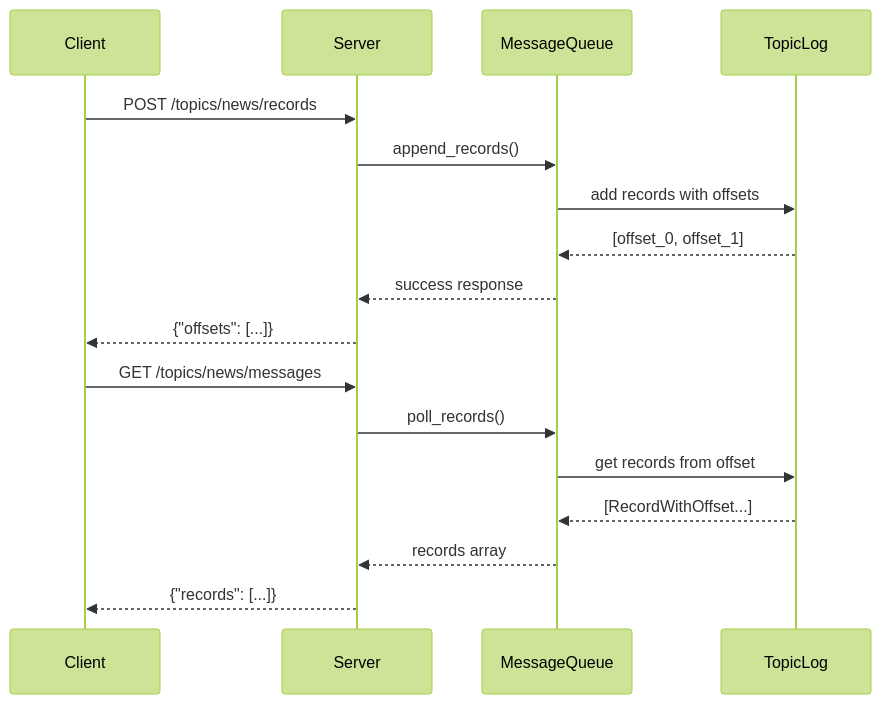
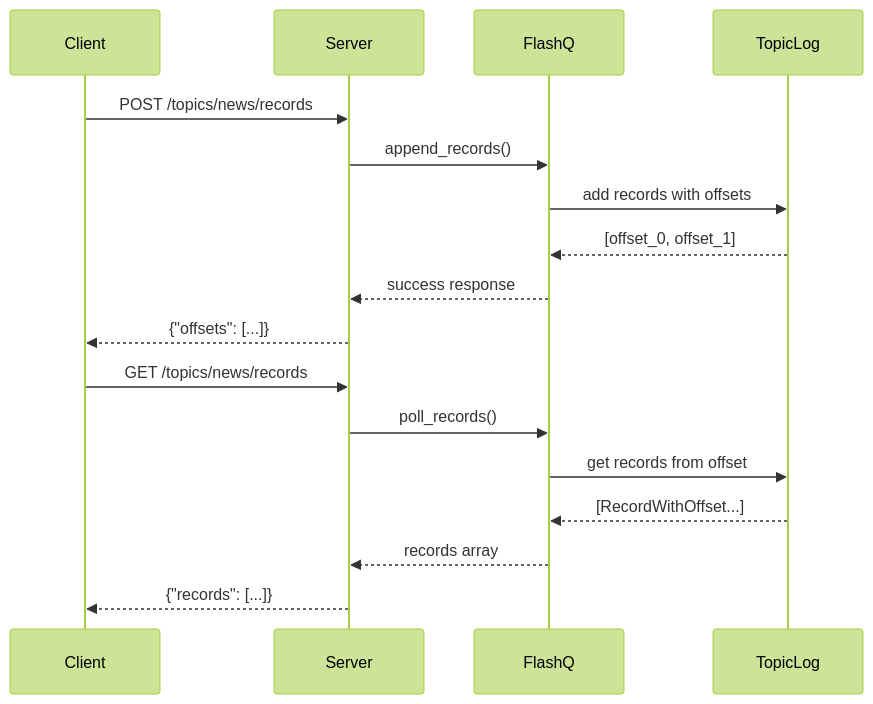
Before and after one commit to harshitmahapatra/flashq: the second of 3 diagrams in docs/architecture.md, drawn with Mermaid (forest theme). The commit also changed other lines of this file and 15 other files, not shown here.

First line of the commit message:
Rename core struct from MessageQueue to FlashQ (#26)

````diff
--- a/docs/architecture.md
+++ b/docs/architecture.md
@@ -41,21 +41,21 @@
 ```mermaid
 sequenceDiagram
     participant C as Client
     participant S as Server  
-    participant Q as MessageQueue
+    participant Q as FlashQ
     participant T as TopicLog
     
     C->>S: POST /topics/news/records
     S->>Q: append_records()
     Q->>T: add records with offsets
     T-->>Q: [offset_0, offset_1]
     Q-->>S: success response
     S-->>C: {"offsets": [...]}
     
-    C->>S: GET /topics/news/messages
+    C->>S: GET /topics/news/records
     S->>Q: poll_records()  
     Q->>T: get records from offset
     T-->>Q: [RecordWithOffset...]
     Q-->>S: records array
     S-->>C: {"records": [...]}
 ```
````
